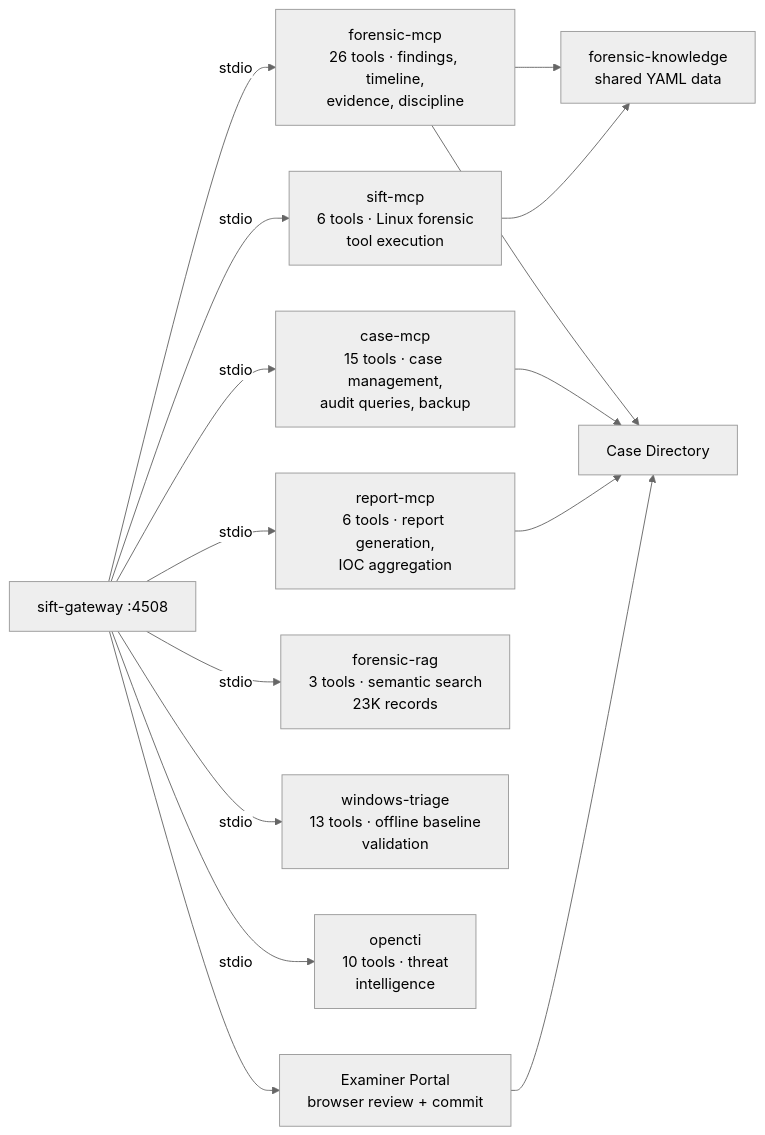
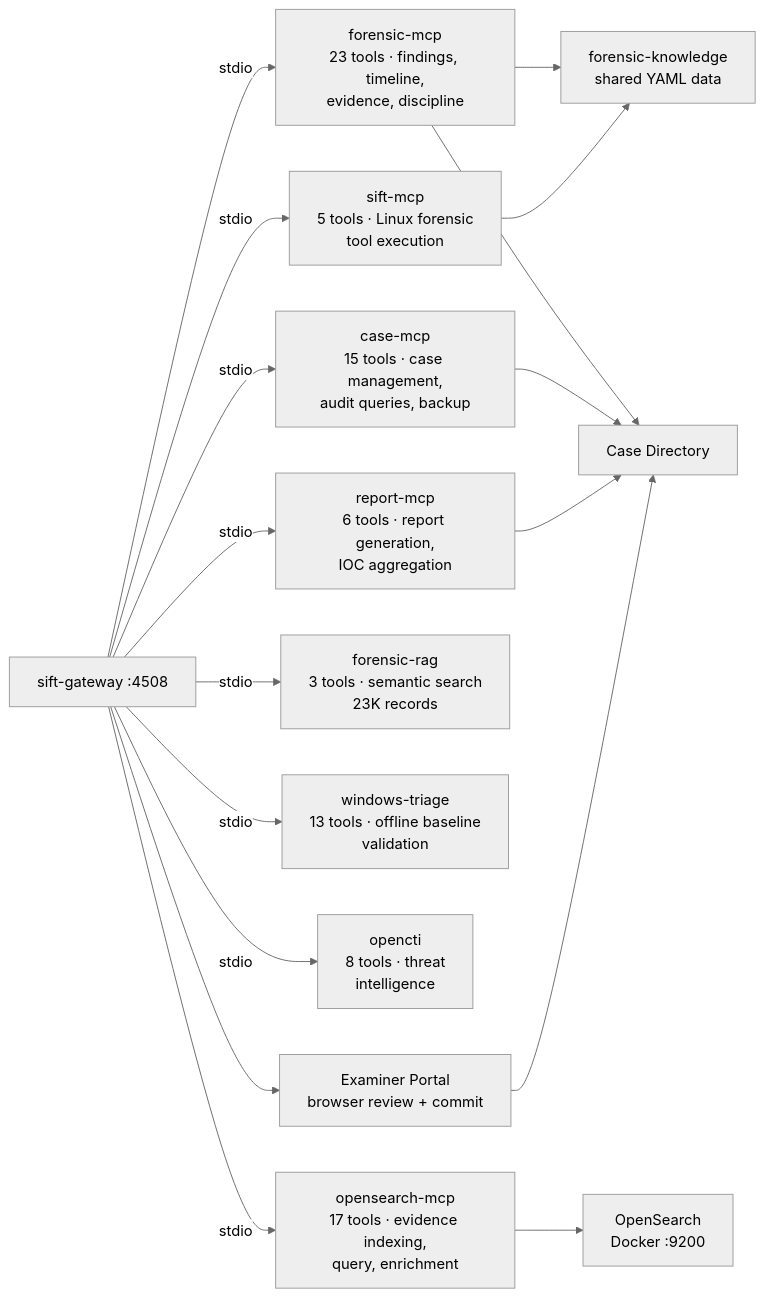
One commit to AppliedIR/Valhuntir changed the fourth of 6 diagrams in README.md. Above: the diagram before and after it, drawn with Mermaid (neutral theme). The commit also changed other lines of this file and 3 other files, not shown here.

Commit message:
plugin discovery, opensearch-mcp integration, corrected tool counts

````diff
--- a/README.md
+++ b/README.md
@@ -182,30 +183,34 @@
 ```mermaid
 graph LR
     GW["sift-gateway :4508"]
 
-    FM["forensic-mcp<br/>26 tools · findings, timeline,<br/>evidence, discipline"]
+    FM["forensic-mcp<br/>23 tools · findings, timeline,<br/>evidence, discipline"]
     CM["case-mcp<br/>15 tools · case management,<br/>audit queries, backup"]
     RM["report-mcp<br/>6 tools · report generation,<br/>IOC aggregation"]
-    SM["sift-mcp<br/>6 tools · Linux forensic<br/>tool execution"]
+    SM["sift-mcp<br/>5 tools · Linux forensic<br/>tool execution"]
     RAG["forensic-rag<br/>3 tools · semantic search<br/>23K records"]
     WT["windows-triage<br/>13 tools · offline baseline<br/>validation"]
-    OC["opencti<br/>10 tools · threat<br/>intelligence"]
+    OC["opencti<br/>8 tools · threat<br/>intelligence"]
+    OS["opensearch-mcp<br/>17 tools · evidence indexing,<br/>query, enrichment"]
     CD["Examiner Portal<br/>browser review + commit"]
     FK["forensic-knowledge<br/>shared YAML data"]
     CASE["Case Directory"]
+    OSD["OpenSearch<br/>Docker :9200"]
 
     GW -->|stdio| FM
     GW -->|stdio| CM
     GW -->|stdio| RM
     GW -->|stdio| SM
     GW -->|stdio| RAG
     GW -->|stdio| WT
     GW -->|stdio| OC
+    GW -->|stdio| OS
     GW --> CD
     FM --> FK
     SM --> FK
     FM --> CASE
     CM --> CASE
     RM --> CASE
     CD --> CASE
+    OS --> OSD
 ```
````
